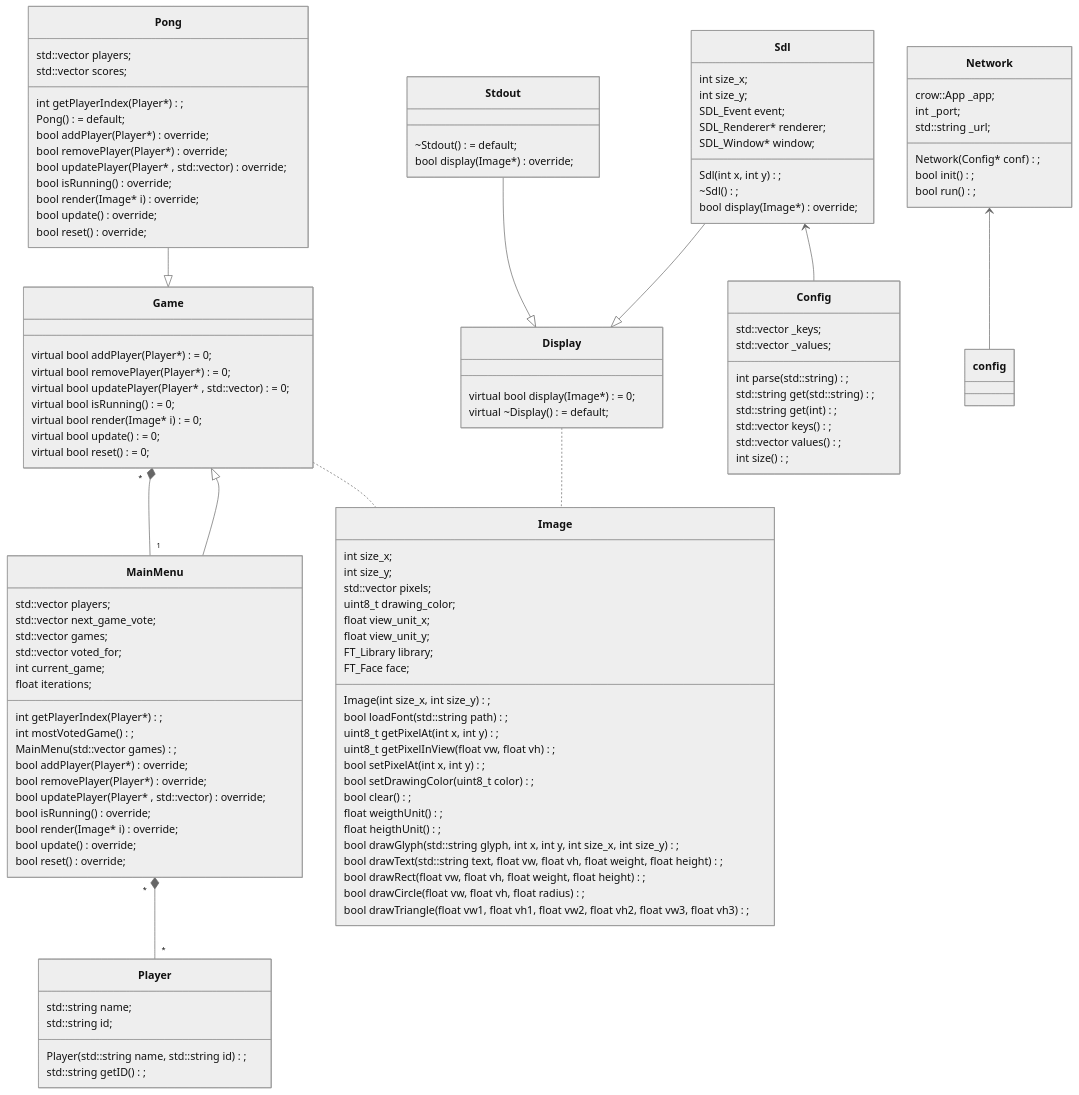
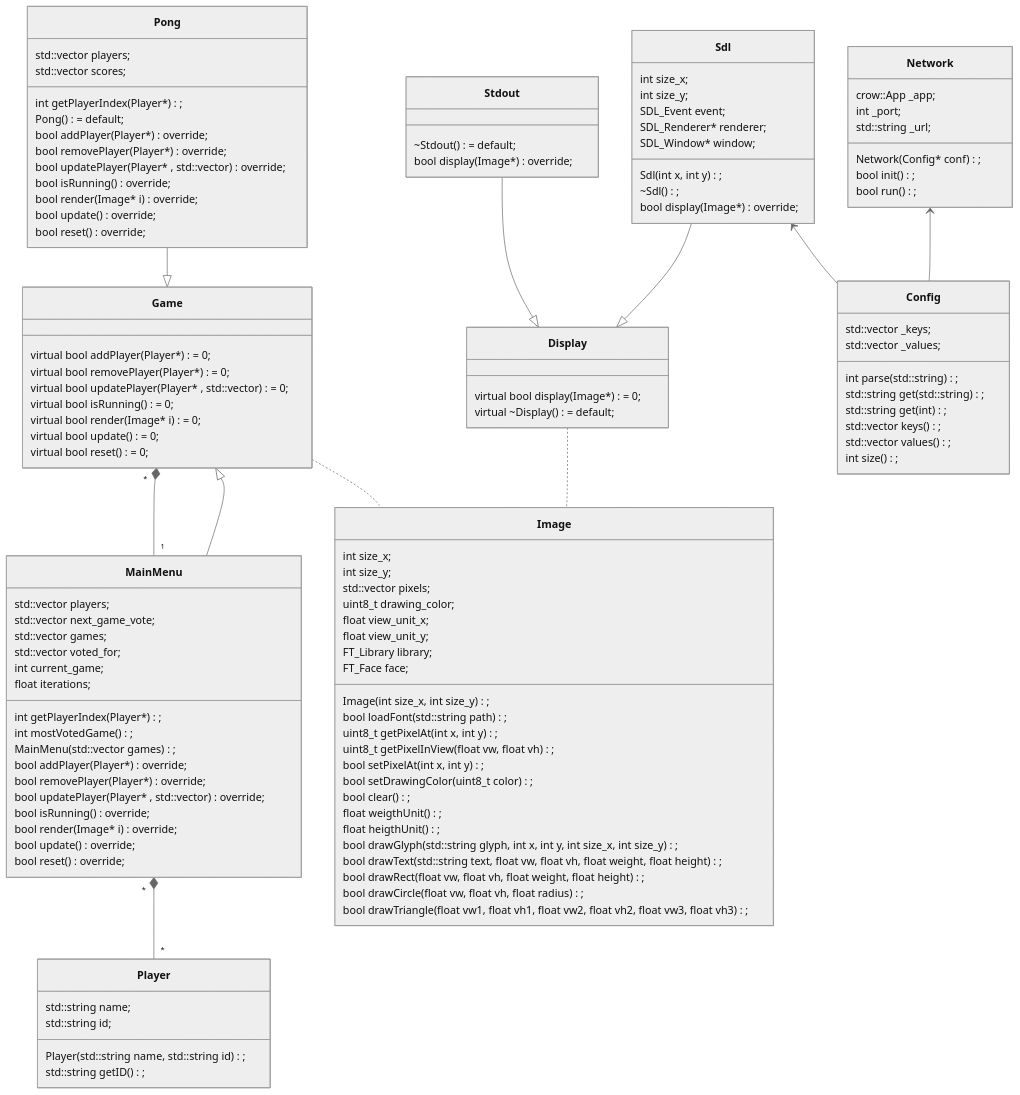
Before and after one commit to 4nimii/LED_matrix: the diagram in README.md, drawn with Mermaid (neutral theme).

```diff
--- a/README.md
+++ b/README.md
@@ -166,7 +166,7 @@
 Stdout --|> Display
 Sdl --|> Display
 Sdl <-- Config
-Network <--config
+Network <--Config
 
 Game .. Image
 Display .. Image
```
